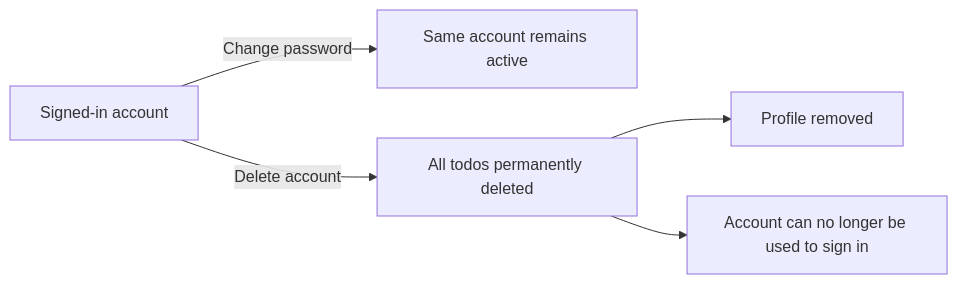
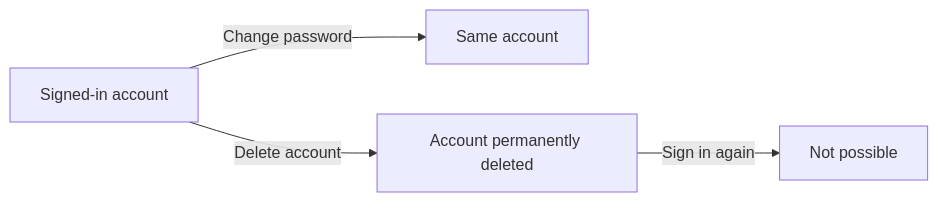
Before and after one commit to wrtnlabs/autobe-examples: the seventh of 10 diagrams in openai/gpt-5.4-mini/todo/docs/analysis/01-actors-and-auth.md, drawn with Mermaid. The commit also changed other lines of this file and 6645 other files, not shown here.

````diff
--- a/openai/gpt-5.4-mini/todo/docs/analysis/01-actors-and-auth.md
+++ b/openai/gpt-5.4-mini/todo/docs/analysis/01-actors-and-auth.md
@@ -241,7 +222,6 @@
 ```mermaid
 flowchart LR
-    A["Signed-in account"] -->|"Change password"| B["Same account remains active"]
-    A -->|"Delete account"| C["All todos permanently deleted"]
-    C --> D["Profile removed"]
-    C --> E["Account can no longer be used to sign in"]
+    A["Signed-in account"] -->|"Change password"| B["Same account"]
+    A -->|"Delete account"| C["Account permanently deleted"]
+    C -->|"Sign in again"| D["Not possible"]
 ```
````
